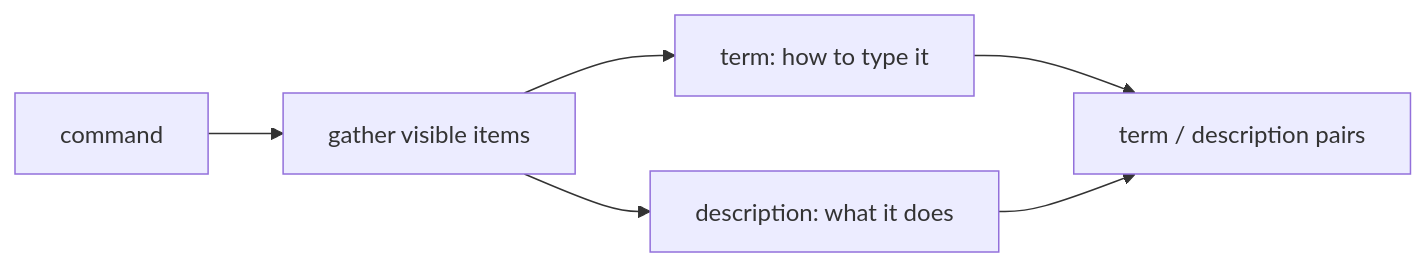
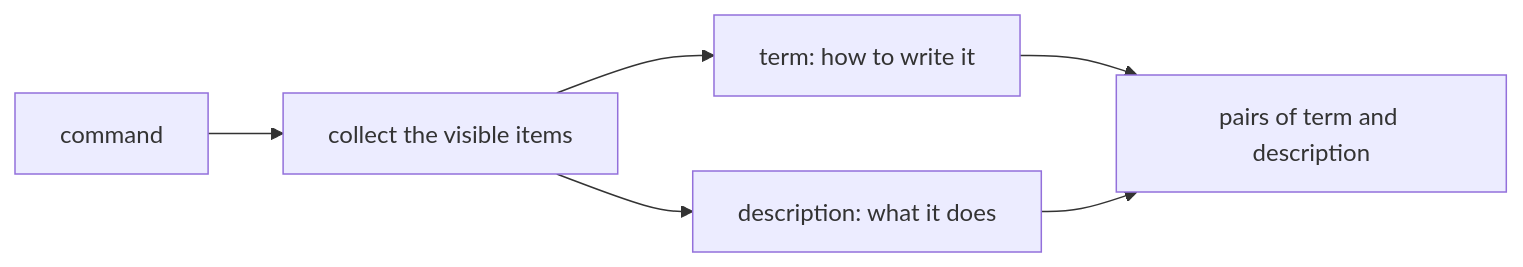
Before and after one commit to KeunwooPark/cluedoc: the second of 4 diagrams in docs/examples/commander/.cluedoc/help-generation/README.md, drawn with Mermaid. The commit also changed other lines of this file and 22 other files, not shown here.

````diff
--- a/docs/examples/commander/.cluedoc/help-generation/README.md
+++ b/docs/examples/commander/.cluedoc/help-generation/README.md
@@ -45,8 +62,8 @@
 ```mermaid
 flowchart LR
-    CMD["command"] --> VIS["gather visible items"]
-    VIS --> TERM["term: how to type it"]
+    CMD["command"] --> VIS["collect the visible items"]
+    VIS --> TERM["term: how to write it"]
     VIS --> DESC["description: what it does"]
-    TERM --> PAIR["term / description pairs"]
+    TERM --> PAIR["pairs of term and description"]
     DESC --> PAIR
 ```
````
